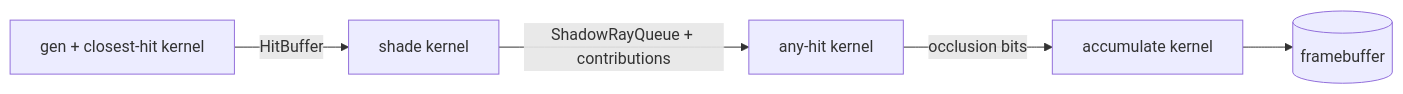
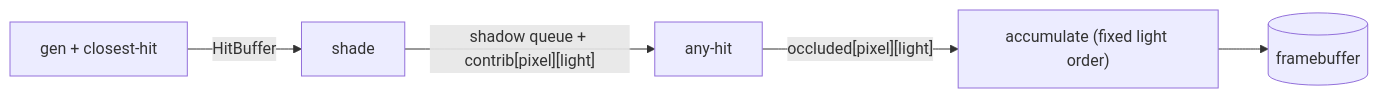
One commit to Mikail-Sadic-UT/Ray-Tracer changed the fourth of 4 diagrams in docs/ARCHITECTURE.md. Above: the diagram before and after it, drawn with Mermaid. The commit also changed other lines of this file and 12 other files, not shown here.

````diff
--- a/docs/ARCHITECTURE.md
+++ b/docs/ARCHITECTURE.md
@@ -97,6 +115,6 @@
 ```mermaid
 flowchart LR
-  K1[gen + closest-hit kernel] -->|HitBuffer| K2[shade kernel]
-  K2 -->|ShadowRayQueue + contributions| K3[any-hit kernel]
-  K3 -->|occlusion bits| K4[accumulate kernel] --> FB[(framebuffer)]
+  K1[gen + closest-hit] -->|HitBuffer| K2[shade]
+  K2 -->|"shadow queue + contrib[pixel][light]"| K3[any-hit]
+  K3 -->|"occluded[pixel][light]"| K4["accumulate (fixed light order)"] --> FB[(framebuffer)]
 ```
````
